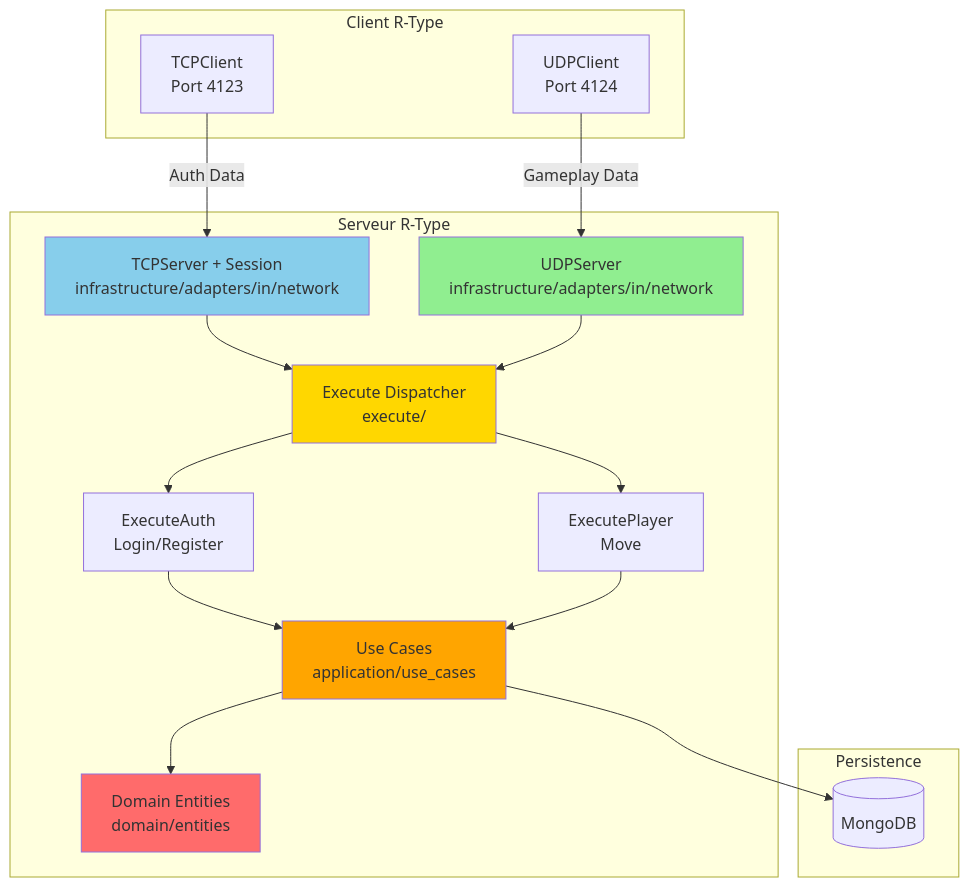
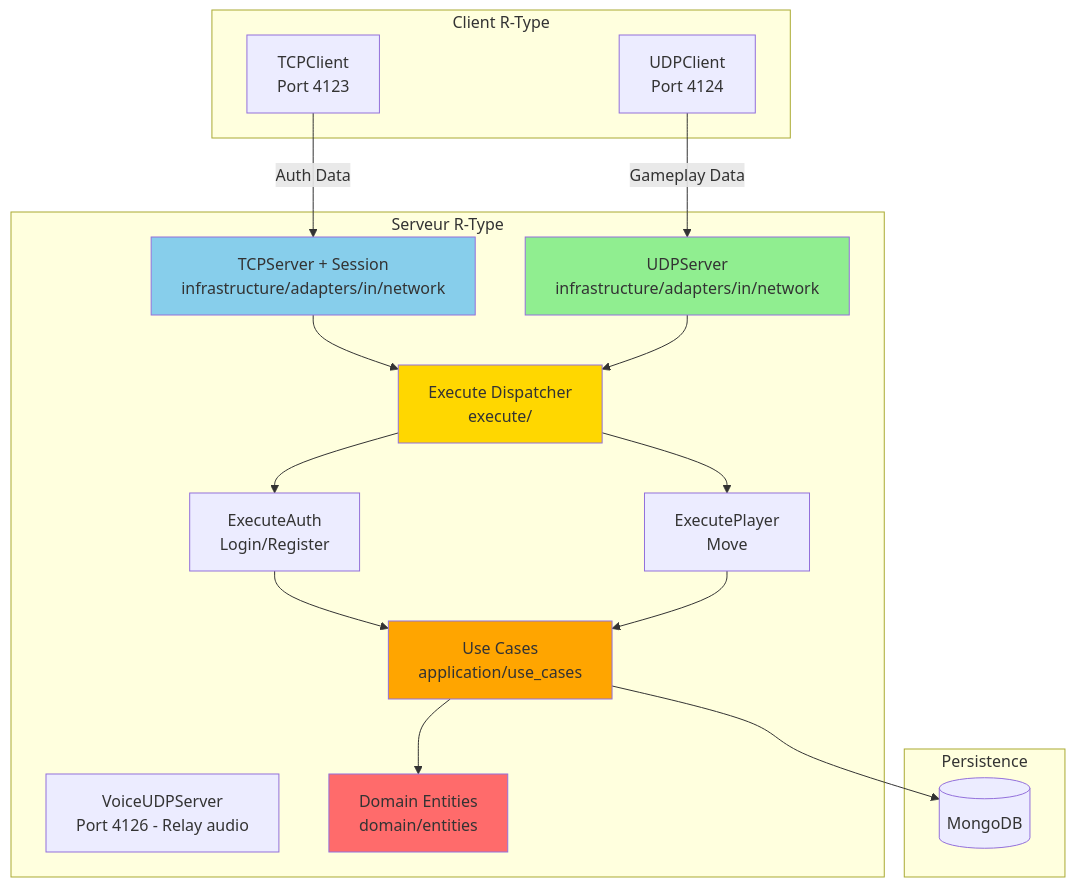
The first of 4 diagrams in docs/guides/network-architecture.md (ChrisG-L/rtype), drawn with Mermaid before and after one commit. The commit also changed other lines of this file and 40 other files, not shown here.

First line of the commit message:
feat: Ajout du système de chat vocal temps réel (Opus + PortAudio)

````diff
--- a/docs/guides/network-architecture.md
+++ b/docs/guides/network-architecture.md
@@ -24,38 +25,39 @@
 ```mermaid
 graph TB
     subgraph "Client R-Type"
         CT[TCPClient<br/>Port 4123]
         CU[UDPClient<br/>Port 4124]
     end
 
     subgraph "Serveur R-Type"
         TCP[TCPServer + Session<br/>infrastructure/adapters/in/network]
         UDP[UDPServer<br/>infrastructure/adapters/in/network]
+        VOICE[VoiceUDPServer<br/>Port 4126 - Relay audio]
         EX[Execute Dispatcher<br/>execute/]
         EA[ExecuteAuth<br/>Login/Register]
         EP[ExecutePlayer<br/>Move]
         UC[Use Cases<br/>application/use_cases]
         DOM[Domain Entities<br/>domain/entities]
     end
 
     subgraph "Persistence"
         MONGO[(MongoDB)]
     end
 
     CT -->|Auth Data| TCP
     CU -->|Gameplay Data| UDP
     TCP --> EX
     UDP --> EX
     EX --> EA
     EX --> EP
     EA --> UC
     EP --> UC
     UC --> DOM
     UC --> MONGO
 
     style TCP fill:#87CEEB
     style UDP fill:#90EE90
     style EX fill:#FFD700
     style UC fill:#FFA500
     style DOM fill:#FF6B6B
 ```
````
